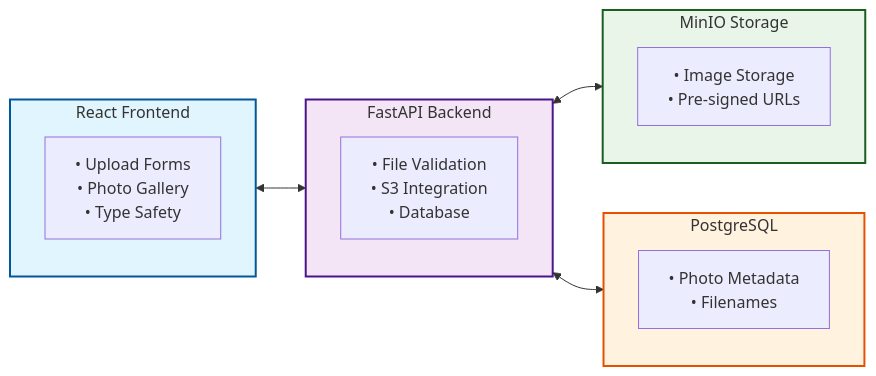
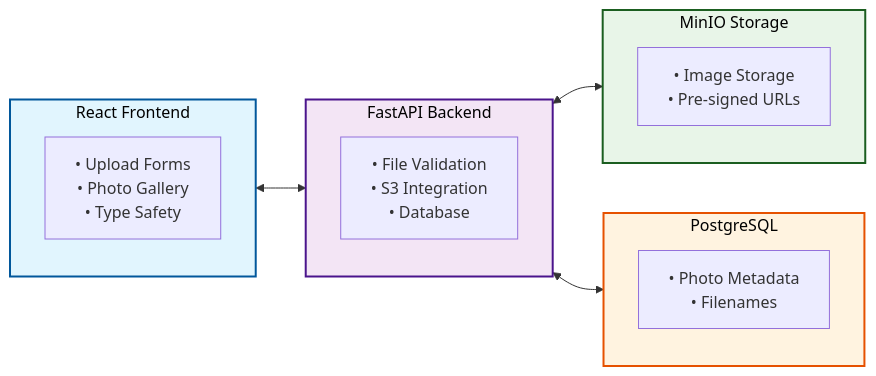
One commit to bartdorsey/image-upload-demo changed the diagram in LESSON.md. Above: the diagram before and after it, drawn with Mermaid.

Commit message:
Fix Mermaid diagram text readability
- Add black text color to all diagram boxes
- Improve contrast against light colored backgrounds
- Ensure title text is clearly readable

````diff
--- a/LESSON.md
+++ b/LESSON.md
@@ -108,32 +108,32 @@
 ```mermaid
 graph LR
     subgraph Frontend["React Frontend"]
         A["• Upload Forms<br/>• Photo Gallery<br/>• Type Safety"]
     end
 
     subgraph Backend["FastAPI Backend"]
         B["• File Validation<br/>• S3 Integration<br/>• Database"]
     end
 
     subgraph Storage["MinIO Storage"]
         C["• Image Storage<br/>• Pre-signed URLs"]
     end
 
     subgraph Database["PostgreSQL"]
         D["• Photo Metadata<br/>• Filenames"]
     end
 
     Frontend <--> Backend
     Backend <--> Storage
     Backend <--> Database
 
-    classDef frontend fill:#e1f5fe,stroke:#01579b,stroke-width:2px
-    classDef backend fill:#f3e5f5,stroke:#4a148c,stroke-width:2px
-    classDef storage fill:#e8f5e8,stroke:#1b5e20,stroke-width:2px
-    classDef database fill:#fff3e0,stroke:#e65100,stroke-width:2px
+    classDef frontend fill:#e1f5fe,stroke:#01579b,stroke-width:2px,color:#000
+    classDef backend fill:#f3e5f5,stroke:#4a148c,stroke-width:2px,color:#000
+    classDef storage fill:#e8f5e8,stroke:#1b5e20,stroke-width:2px,color:#000
+    classDef database fill:#fff3e0,stroke:#e65100,stroke-width:2px,color:#000
 
     class Frontend frontend
     class Backend backend
     class Storage storage
     class Database database
 ```
````
